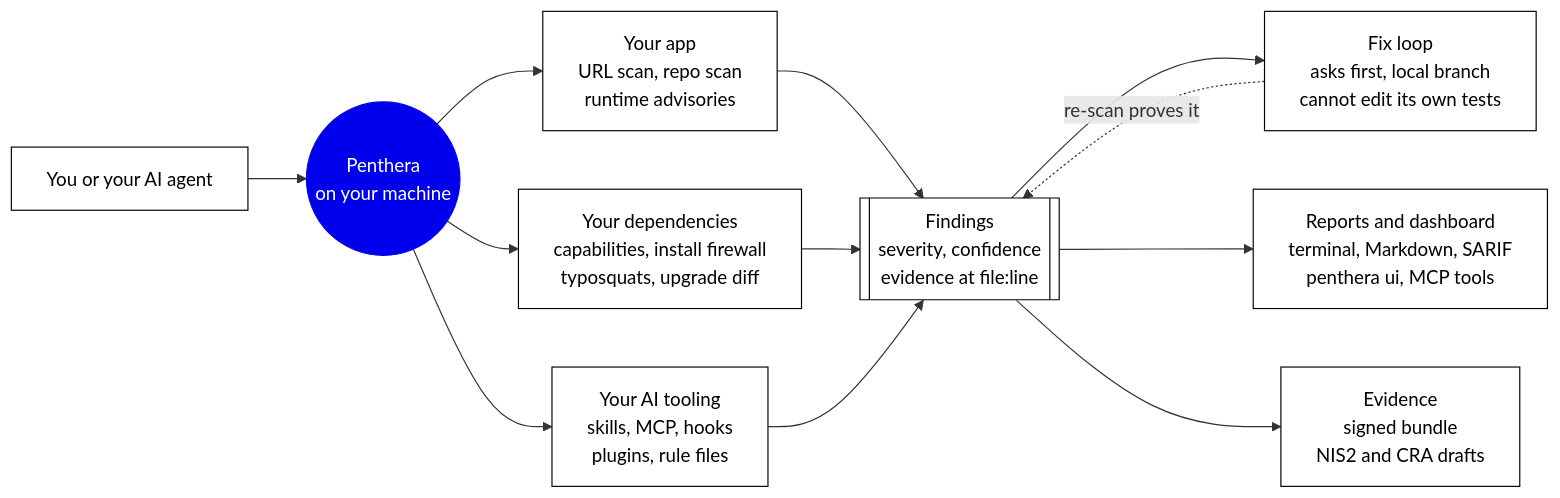
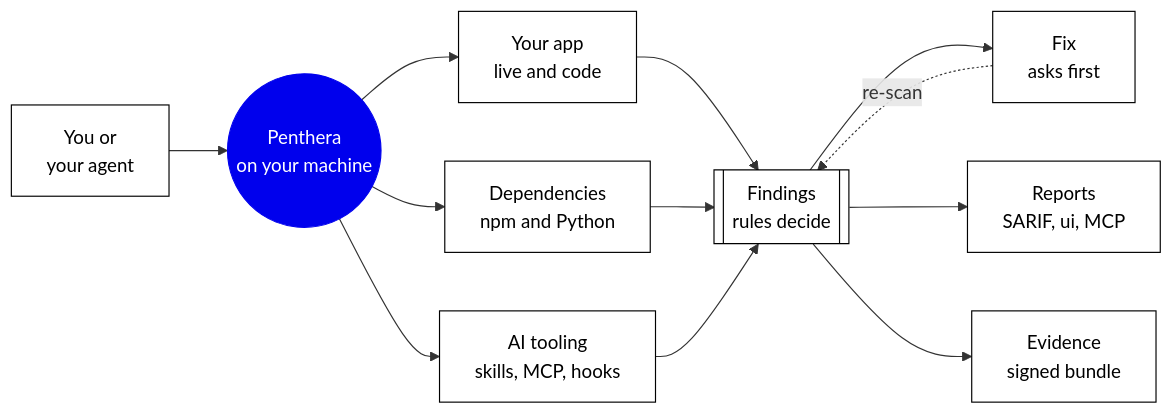
One commit to danoszz/penthera changed the first of 4 diagrams in README.md. Above: the diagram before and after it, drawn with Mermaid. The commit also changed other lines of this file and 2 other files, not shown here.

First line of the commit message:
docs: simple diagram first, advanced views under toggles

````diff
--- a/README.md
+++ b/README.md
@@ -214,22 +214,20 @@
 ```mermaid
 flowchart LR
-    U["You or your AI agent"] --> P(("Penthera<br/>on your machine"))
+    U["You or<br/>your agent"] --> P(("Penthera<br/>on your machine"))
 
-    P --> APP["Your app<br/>URL scan, repo scan<br/>runtime advisories"]
-    P --> DEP["Your dependencies<br/>capabilities, install firewall<br/>typosquats, upgrade diff"]
-    P --> AI["Your AI tooling<br/>skills, MCP, hooks<br/>plugins, rule files"]
+    P --> APP["Your app<br/>live and code"]
+    P --> DEP["Dependencies<br/>npm and Python"]
+    P --> AI["AI tooling<br/>skills, MCP, hooks"]
 
-    APP --> F[["Findings<br/>severity, confidence<br/>evidence at file:line"]]
-    DEP --> F
-    AI --> F
+    APP & DEP & AI --> F[["Findings<br/>rules decide"]]
 
-    F --> FIX["Fix loop<br/>asks first, local branch<br/>cannot edit its own tests"]
-    FIX -. "re-scan proves it" .-> F
-    F --> R["Reports and dashboard<br/>terminal, Markdown, SARIF<br/>penthera ui, MCP tools"]
-    F --> E["Evidence<br/>signed bundle<br/>NIS2 and CRA drafts"]
+    F --> FIX["Fix<br/>asks first"]
+    F --> R["Reports<br/>SARIF, ui, MCP"]
+    F --> E["Evidence<br/>signed bundle"]
+    FIX -. "re-scan" .-> F
 
     classDef core fill:#0000ed,stroke:#0000ed,color:#ffffff
     classDef box fill:#ffffff,stroke:#000000,color:#000000
     class P core
     class U,APP,DEP,AI,F,FIX,R,E box
 ```
````
